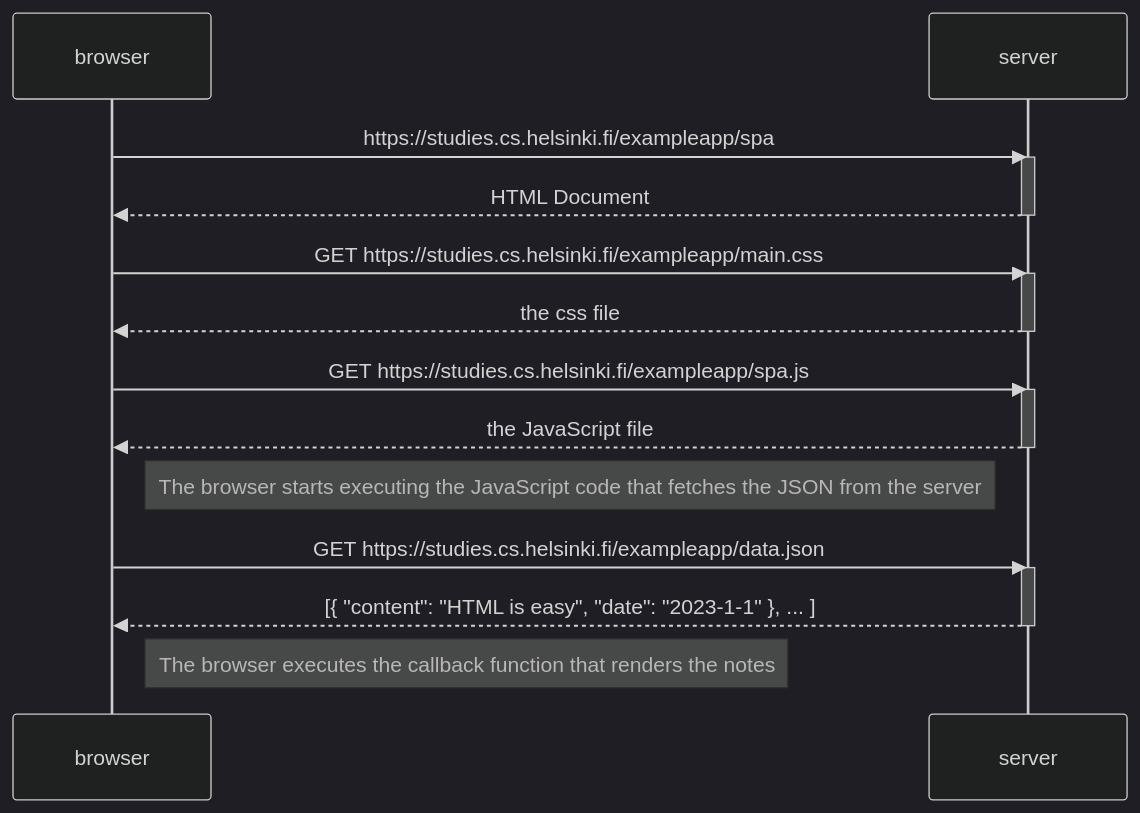
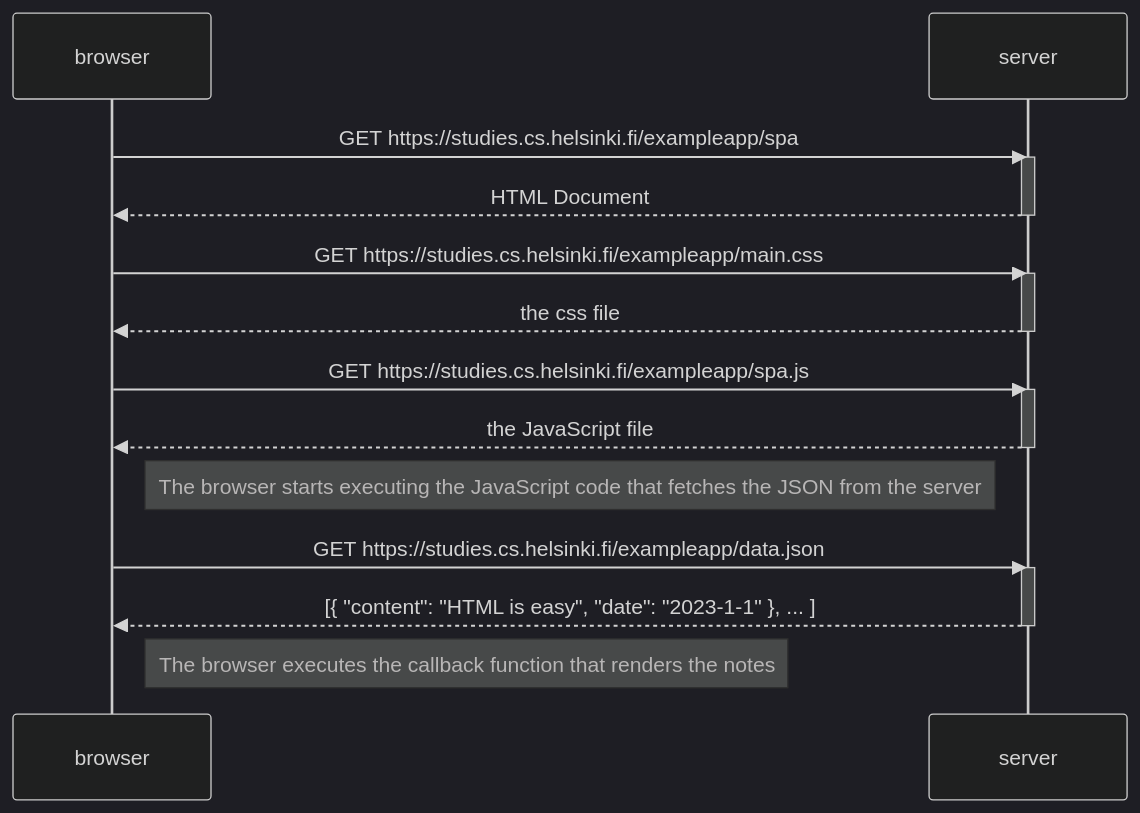
The diagram in part0/exercise0.5.md (architkakkar/fullstack-open), drawn with Mermaid (dark theme) before and after one commit.

````diff
--- a/part0/exercise0.5.md
+++ b/part0/exercise0.5.md
@@ -1,29 +1,29 @@
 ```mermaid
 sequenceDiagram
   participant browser
   participant server
 
-  browser->>server: https://studies.cs.helsinki.fi/exampleapp/spa
+  browser->>server: GET https://studies.cs.helsinki.fi/exampleapp/spa
   activate server
   server-->>browser: HTML Document
   deactivate server
 
   browser->>server: GET https://studies.cs.helsinki.fi/exampleapp/main.css
   activate server
   server-->>browser: the css file
   deactivate server
 
   browser->>server: GET https://studies.cs.helsinki.fi/exampleapp/spa.js
   activate server
   server-->>browser: the JavaScript file
   deactivate server
 
   Note right of browser: The browser starts executing the JavaScript code that fetches the JSON from the server
 
   browser->>server: GET https://studies.cs.helsinki.fi/exampleapp/data.json
   activate server
   server-->>browser: [{ "content": "HTML is easy", "date": "2023-1-1" }, ... ]
   deactivate server
 
   Note right of browser: The browser executes the callback function that renders the notes
 ```
````
